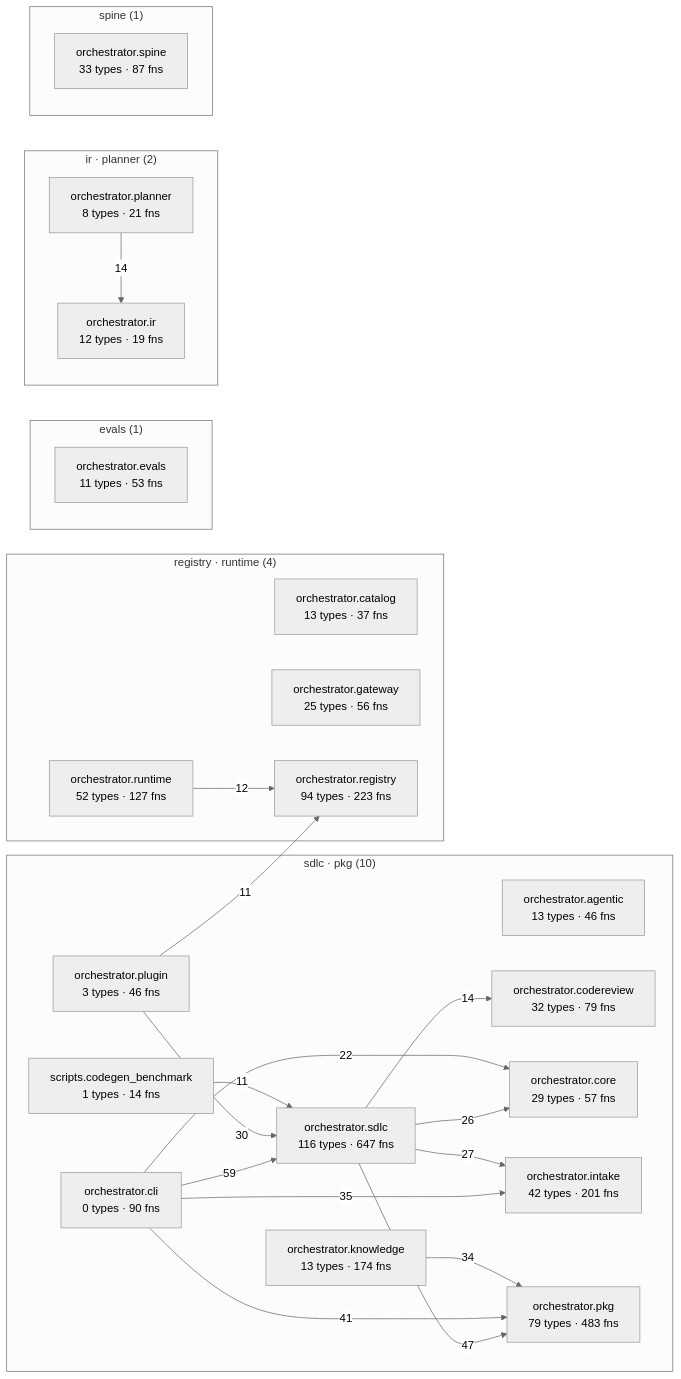
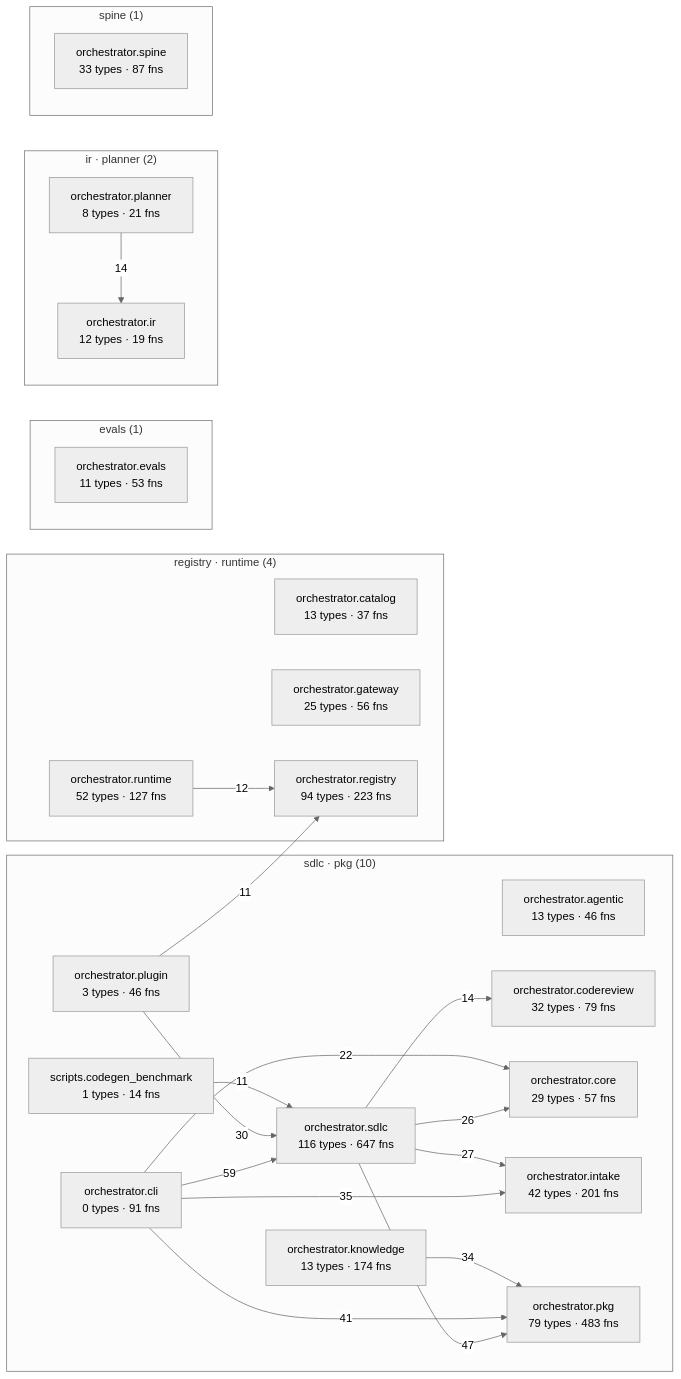
One commit to synaptixs/spine changed the diagram in episteme/architecture.md. Above: the diagram before and after it, drawn with Mermaid (neutral theme). The commit also changed other lines of this file and 15 other files, not shown here.

````diff
--- a/episteme/architecture.md
+++ b/episteme/architecture.md
@@ -54,45 +54,45 @@
 ```mermaid
 flowchart LR
   subgraph c_1["sdlc · pkg (10)"]
     aorchestratoragentic["orchestrator.agentic<br/>13 types · 46 fns"]
-    aorchestratorcli["orchestrator.cli<br/>0 types · 90 fns"]
+    aorchestratorcli["orchestrator.cli<br/>0 types · 91 fns"]
     aorchestratorcodereview["orchestrator.codereview<br/>32 types · 79 fns"]
     aorchestratorcore["orchestrator.core<br/>29 types · 57 fns"]
     aorchestratorintake["orchestrator.intake<br/>42 types · 201 fns"]
     aorchestratorknowledge["orchestrator.knowledge<br/>13 types · 174 fns"]
     aorchestratorpkg["orchestrator.pkg<br/>79 types · 483 fns"]
     aorchestratorplugin["orchestrator.plugin<br/>3 types · 46 fns"]
     aorchestratorsdlc["orchestrator.sdlc<br/>116 types · 647 fns"]
     ascriptscodegenbenchmark["scripts.codegen_benchmark<br/>1 types · 14 fns"]
   end
   subgraph c_3["registry · runtime (4)"]
     aorchestratorcatalog["orchestrator.catalog<br/>13 types · 37 fns"]
     aorchestratorgateway["orchestrator.gateway<br/>25 types · 56 fns"]
     aorchestratorregistry["orchestrator.registry<br/>94 types · 223 fns"]
     aorchestratorruntime["orchestrator.runtime<br/>52 types · 127 fns"]
   end
   subgraph c_5["evals (1)"]
     aorchestratorevals["orchestrator.evals<br/>11 types · 53 fns"]
   end
   subgraph c_7["ir · planner (2)"]
     aorchestratorir["orchestrator.ir<br/>12 types · 19 fns"]
     aorchestratorplanner["orchestrator.planner<br/>8 types · 21 fns"]
   end
   subgraph c_10["spine (1)"]
     aorchestratorspine["orchestrator.spine<br/>33 types · 87 fns"]
   end
   aorchestratorcli -->|59| aorchestratorsdlc
   aorchestratorsdlc -->|47| aorchestratorpkg
   aorchestratorcli -->|41| aorchestratorpkg
   aorchestratorcli -->|35| aorchestratorintake
   aorchestratorknowledge -->|34| aorchestratorpkg
   aorchestratorplugin -->|30| aorchestratorsdlc
   aorchestratorsdlc -->|27| aorchestratorintake
   aorchestratorsdlc -->|26| aorchestratorcore
   aorchestratorcli -->|22| aorchestratorcore
   aorchestratorplanner -->|14| aorchestratorir
   aorchestratorsdlc -->|14| aorchestratorcodereview
   aorchestratorruntime -->|12| aorchestratorregistry
   ascriptscodegenbenchmark -->|11| aorchestratorsdlc
   aorchestratorplugin -->|11| aorchestratorregistry
 ```
````
